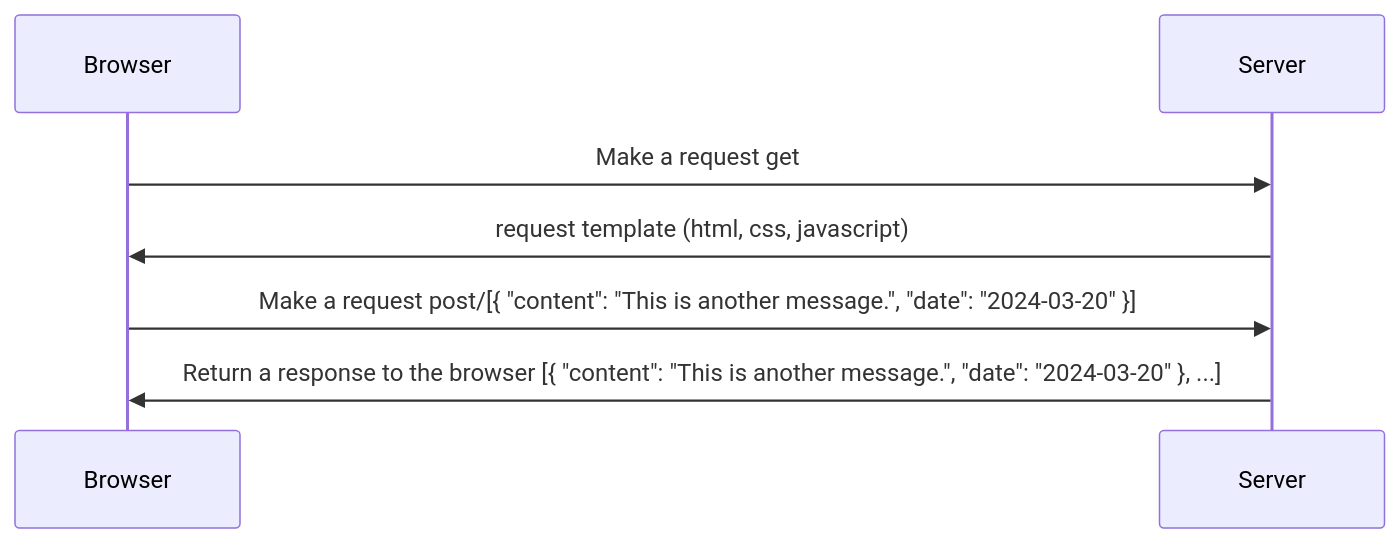
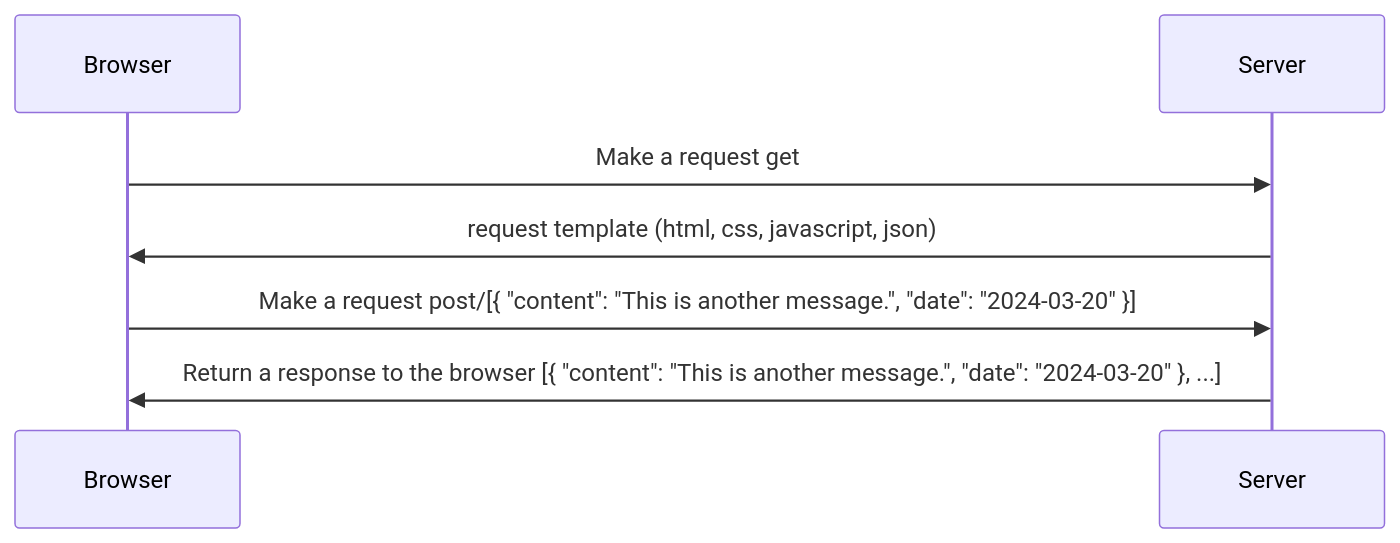
The diagram in README.md (JhonTheRipper89/SequenceDiagram), drawn with Mermaid before and after one commit.

````diff
--- a/README.md
+++ b/README.md
@@ -2,9 +2,9 @@
 ```mermaid
 sequenceDiagram
     participant Browser
     participant Server
     Browser->>Server: Make a request get
-    Server->>Browser: request template (html, css, javascript)
+    Server->>Browser: request template (html, css, javascript, json)
     Browser->>Server: Make a request post/[{ "content": "This is another message.", "date": "2024-03-20" }]
     Server->>Browser: Return a response to the browser [{ "content": "This is another message.", "date": "2024-03-20" }, ...]
 ```
````
